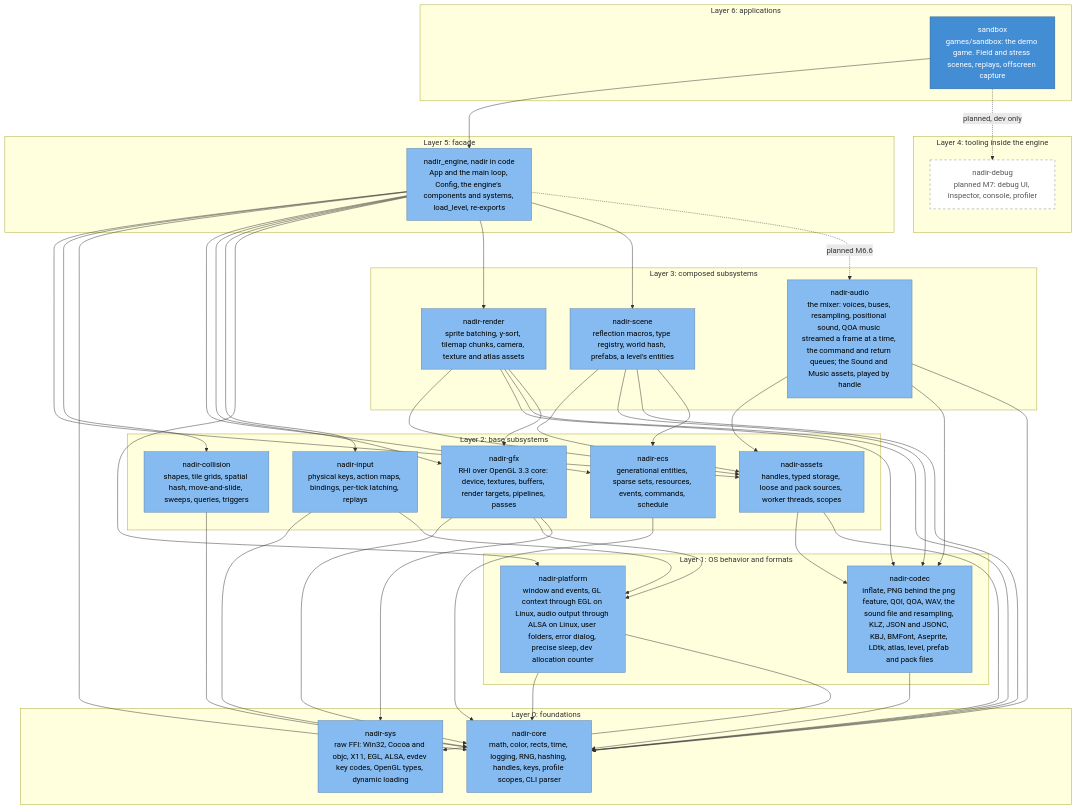
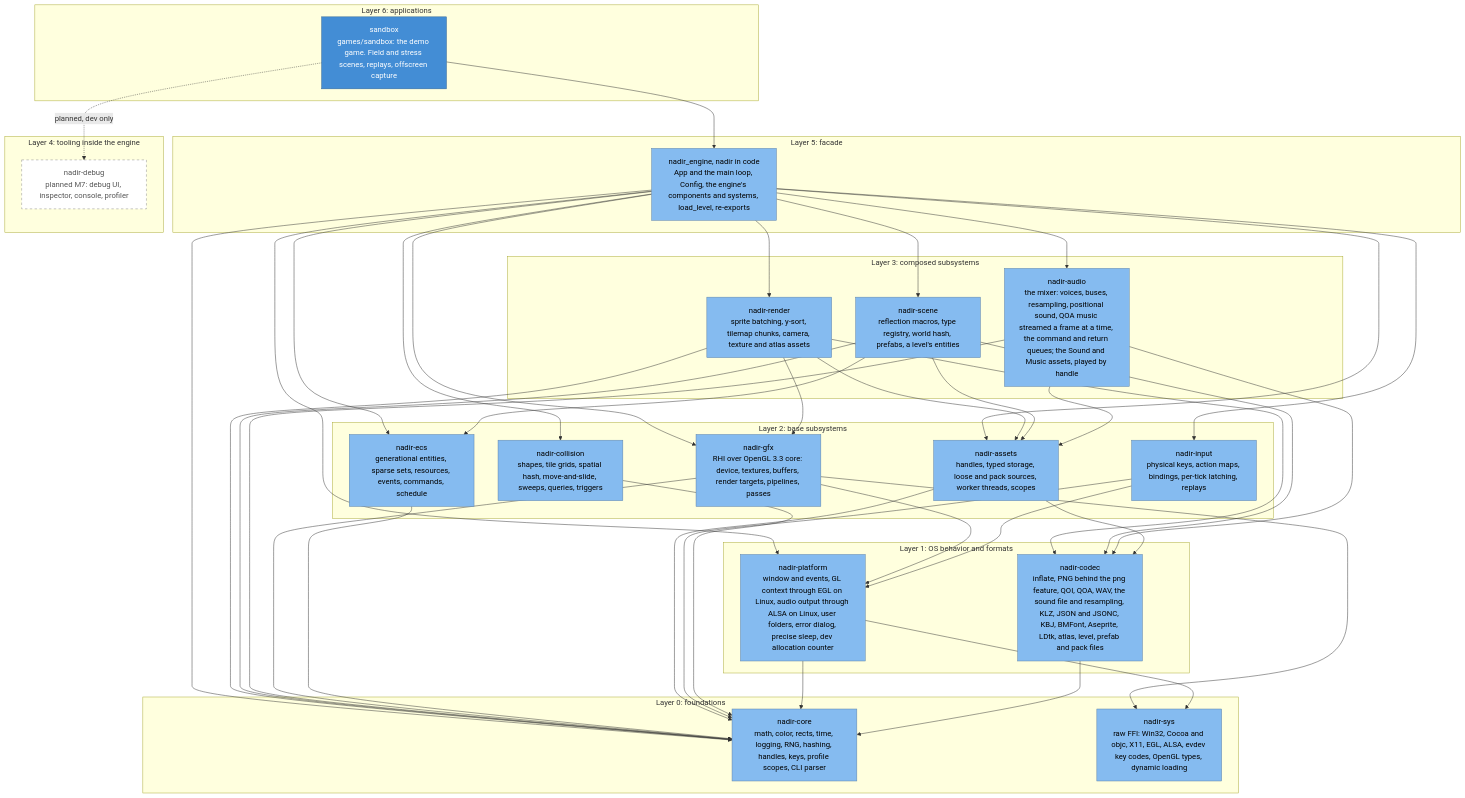
One commit to jabbott-iii/Nadir changed the third of 5 diagrams in diagrams/c4-architecture.md. Above: the diagram before and after it, drawn with Mermaid. The commit also changed other lines of this file and 35 other files, not shown here.

````diff
--- a/diagrams/c4-architecture.md
+++ b/diagrams/c4-architecture.md
@@ -153,75 +155,75 @@
 ```mermaid
 flowchart TB
     subgraph L6["Layer 6: applications"]
         n_sandbox["sandbox<br/>games/sandbox: the demo game. Field and stress scenes, replays, offscreen capture"]
     end
     subgraph L5["Layer 5: facade"]
         n_engine["nadir_engine, nadir in code<br/>App and the main loop, Config, the engine's components and systems, load_level, re-exports"]
     end
     subgraph L4["Layer 4: tooling inside the engine"]
         n_debug["nadir-debug<br/>planned M7: debug UI, inspector, console, profiler"]
     end
     subgraph L3["Layer 3: composed subsystems"]
         n_render["nadir-render<br/>sprite batching, y-sort, tilemap chunks, camera, texture and atlas assets"]
         n_scene["nadir-scene<br/>reflection macros, type registry, world hash, prefabs, a level's entities"]
         n_audio["nadir-audio<br/>the mixer: voices, buses, resampling, positional sound, QOA music streamed a frame at a time, the command and return queues; the Sound and Music assets, played by handle"]
     end
     subgraph L2["Layer 2: base subsystems"]
         n_gfx["nadir-gfx<br/>RHI over OpenGL 3.3 core: device, textures, buffers, render targets, pipelines, passes"]
         n_ecs["nadir-ecs<br/>generational entities, sparse sets, resources, events, commands, schedule"]
         n_assets["nadir-assets<br/>handles, typed storage, loose and pack sources, worker threads, scopes"]
         n_input["nadir-input<br/>physical keys, action maps, bindings, per-tick latching, replays"]
         n_collision["nadir-collision<br/>shapes, tile grids, spatial hash, move-and-slide, sweeps, queries, triggers"]
     end
     subgraph L1["Layer 1: OS behavior and formats"]
         n_platform["nadir-platform<br/>window and events, GL context through EGL on Linux, audio output through ALSA on Linux, user folders, error dialog, precise sleep, dev allocation counter"]
         n_codec["nadir-codec<br/>inflate, PNG behind the png feature, QOI, QOA, WAV, the sound file and resampling, KLZ, JSON and JSONC, KBJ, BMFont, Aseprite, LDtk, atlas, level, prefab and pack files"]
     end
     subgraph L0["Layer 0: foundations"]
         n_core["nadir-core<br/>math, color, rects, time, logging, RNG, hashing, handles, keys, profile scopes, CLI parser"]
         n_sys["nadir-sys<br/>raw FFI: Win32, Cocoa and objc, X11, EGL, ALSA, evdev key codes, OpenGL types, dynamic loading"]
     end
 
     n_sandbox --> n_engine
     n_engine --> n_assets
+    n_engine --> n_audio
     n_engine --> n_collision
     n_engine --> n_core
     n_engine --> n_ecs
     n_engine --> n_gfx
     n_engine --> n_input
     n_engine --> n_platform
     n_engine --> n_render
     n_engine --> n_scene
     n_render --> n_assets
     n_render --> n_codec
     n_render --> n_core
     n_render --> n_gfx
     n_scene --> n_assets
     n_scene --> n_codec
     n_scene --> n_core
     n_scene --> n_ecs
     n_audio --> n_assets
     n_audio --> n_codec
     n_audio --> n_core
     n_gfx --> n_core
     n_gfx --> n_platform
     n_gfx --> n_sys
     n_ecs --> n_core
     n_assets --> n_codec
     n_assets --> n_core
     n_input --> n_core
     n_input --> n_platform
     n_collision --> n_core
     n_platform --> n_core
     n_platform --> n_sys
     n_codec --> n_core
-    n_engine -.->|"planned M6.6"| n_audio
     n_sandbox -.->|"planned, dev only"| n_debug
 
     classDef container fill:#438dd5,stroke:#2e6295,color:#ffffff
     classDef component fill:#85bbf0,stroke:#5d82a8,color:#000000
     classDef planned fill:#ffffff,stroke:#888888,stroke-dasharray: 5 5,color:#555555
     class n_sandbox container
     class n_engine,n_render,n_scene,n_audio,n_gfx,n_ecs,n_assets,n_input,n_collision,n_platform,n_codec,n_core,n_sys component
     class n_debug planned
 ```
````
